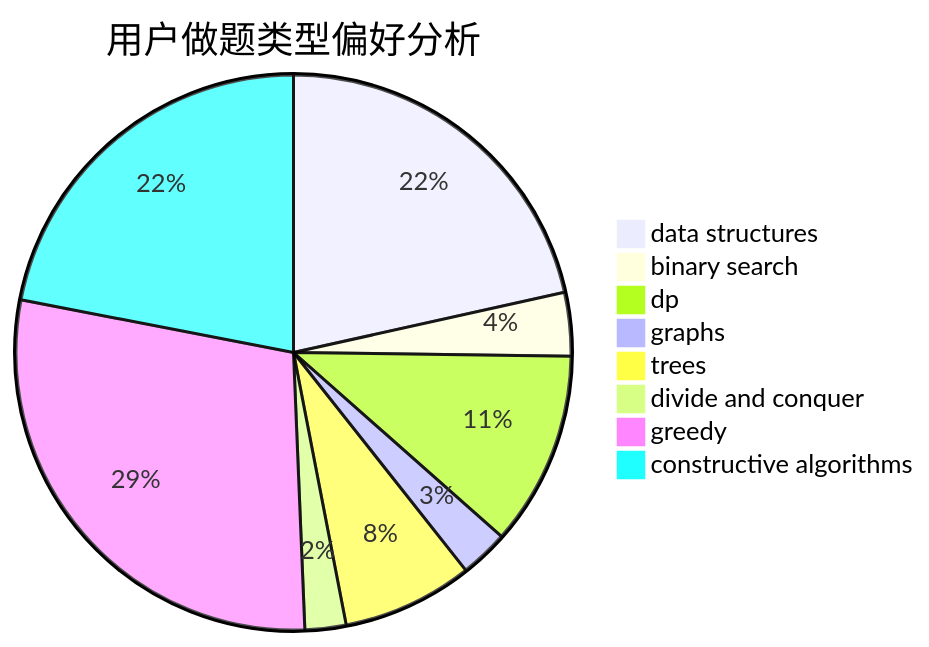
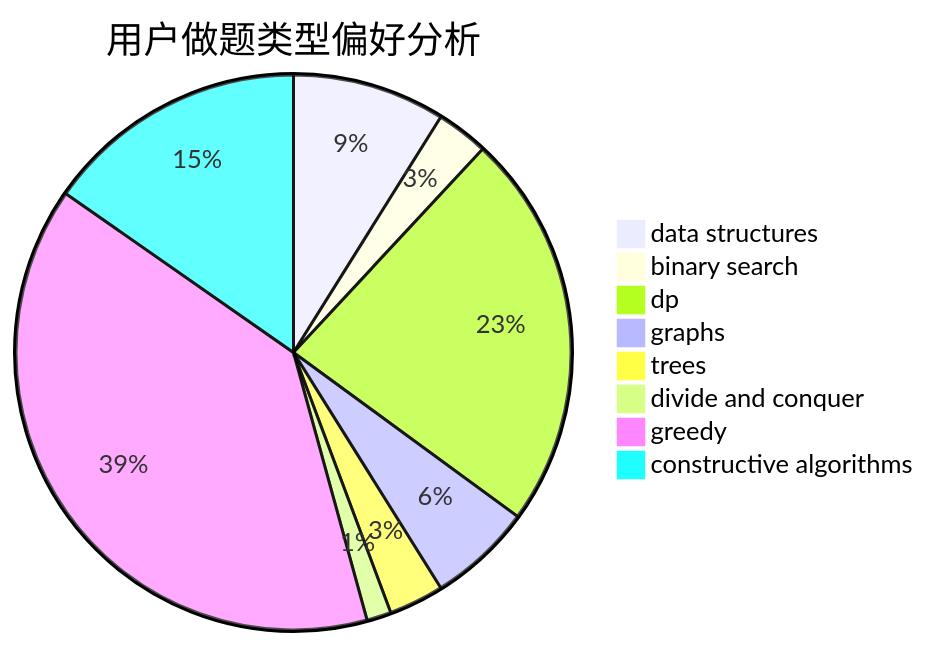
Before and after one commit to sherpahu/cfrs.github.io: the second of 3 diagrams in docs/user/u1226.md, drawn with Mermaid. The commit also changed other lines of this file and 2770 other files, not shown here.

````diff
--- a/docs/user/u1226.md
+++ b/docs/user/u1226.md
@@ -23,11 +23,11 @@
 ```mermaid
 pie title 用户做题类型偏好分析
-    "data structures" :  99
+    "data structures" :  50
     "binary search" :  17
-    "dp" :  52
-    "graphs" :  13
-    "trees" :  35
-    "divide and conquer" :  11
-    "greedy" :  132
-    "constructive algorithms" :  101
+    "dp" :  130
+    "graphs" :  34
+    "trees" :  18
+    "divide and conquer" :  8
+    "greedy" :  219
+    "constructive algorithms" :  86
 ```
````
